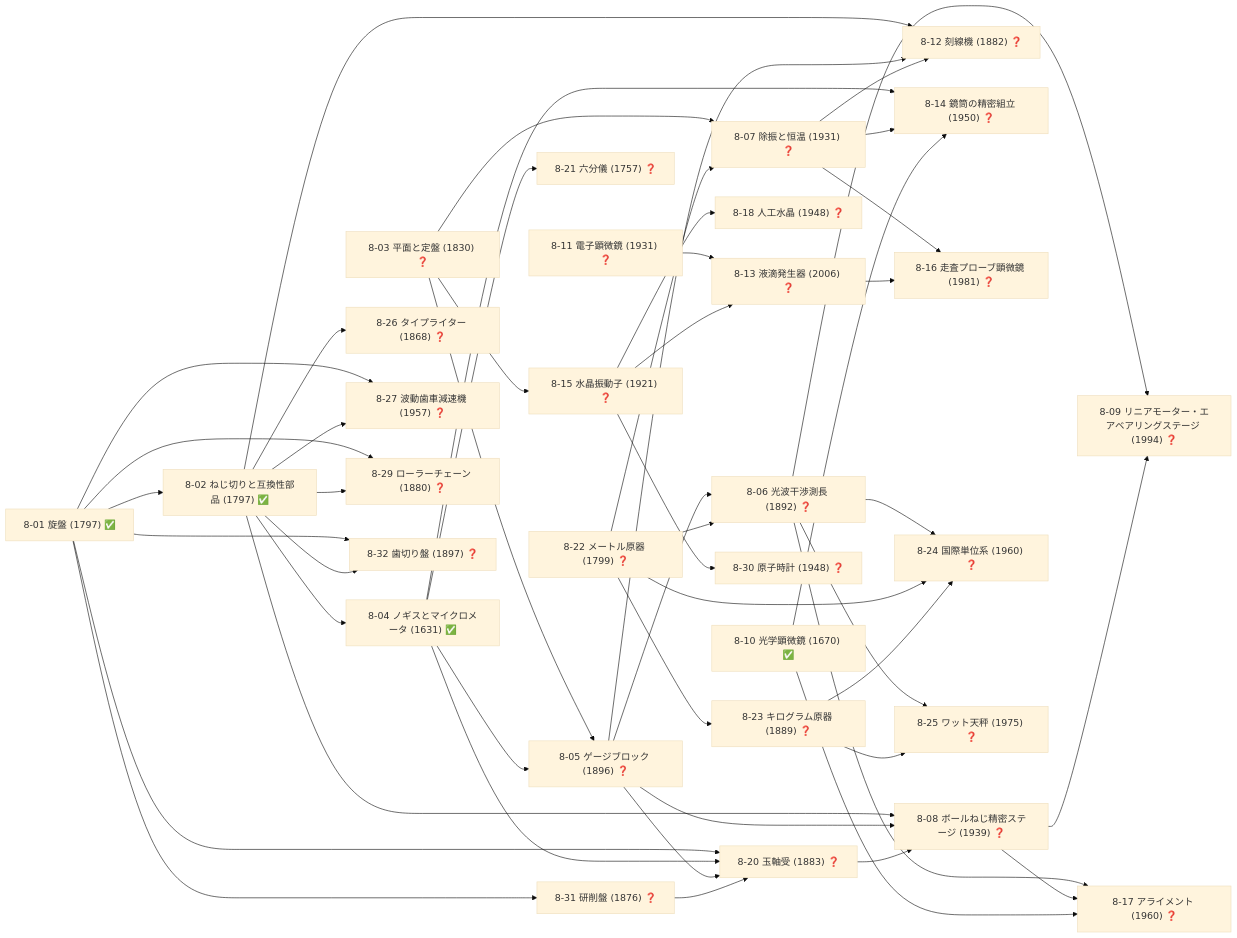
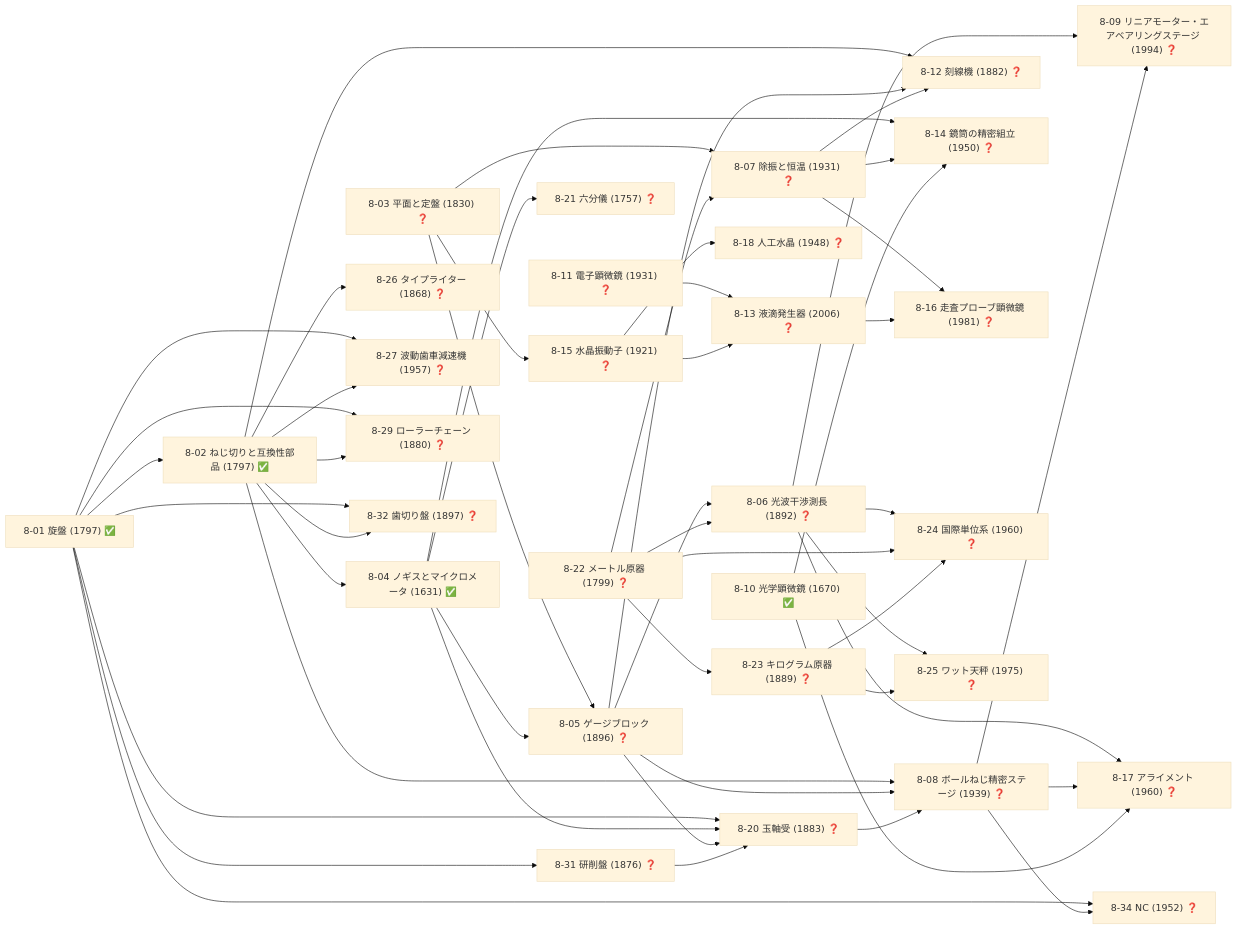
Before and after one commit to taku3i0317-collab/semiconductor-lab: diagram 11 of 19 in docs/TECH_TREE_VIEW.md, drawn with Mermaid (base theme). The commit also changed other lines of this file and 9 other files, not shown here.

````diff
--- a/docs/TECH_TREE_VIEW.md
+++ b/docs/TECH_TREE_VIEW.md
@@ -567,81 +570,82 @@
 ```mermaid
 graph LR
   n8_01["8-01 旋盤 (1797) ✅"]
   n8_02["8-02 ねじ切りと互換性部品 (1797) ✅"]
   n8_03["8-03 平面と定盤 (1830) ❓"]
   n8_04["8-04 ノギスとマイクロメータ (1631) ✅"]
   n8_05["8-05 ゲージブロック (1896) ❓"]
   n8_06["8-06 光波干渉測長 (1892) ❓"]
   n8_07["8-07 除振と恒温 (1931) ❓"]
   n8_08["8-08 ボールねじ精密ステージ (1939) ❓"]
   n8_09["8-09 リニアモーター・エアベアリングステージ (1994) ❓"]
   n8_10["8-10 光学顕微鏡 (1670) ✅"]
   n8_11["8-11 電子顕微鏡 (1931) ❓"]
   n8_12["8-12 刻線機 (1882) ❓"]
   n8_13["8-13 液滴発生器 (2006) ❓"]
   n8_14["8-14 鏡筒の精密組立 (1950) ❓"]
   n8_15["8-15 水晶振動子 (1921) ❓"]
   n8_16["8-16 走査プローブ顕微鏡 (1981) ❓"]
   n8_17["8-17 アライメント (1960) ❓"]
   n8_18["8-18 人工水晶 (1948) ❓"]
   n8_20["8-20 玉軸受 (1883) ❓"]
   n8_21["8-21 六分儀 (1757) ❓"]
   n8_22["8-22 メートル原器 (1799) ❓"]
   n8_23["8-23 キログラム原器 (1889) ❓"]
   n8_24["8-24 国際単位系 (1960) ❓"]
   n8_25["8-25 ワット天秤 (1975) ❓"]
   n8_26["8-26 タイプライター (1868) ❓"]
   n8_27["8-27 波動歯車減速機 (1957) ❓"]
   n8_29["8-29 ローラーチェーン (1880) ❓"]
-  n8_30["8-30 原子時計 (1948) ❓"]
   n8_31["8-31 研削盤 (1876) ❓"]
   n8_32["8-32 歯切り盤 (1897) ❓"]
+  n8_34["8-34 NC (1952) ❓"]
   n8_01-->n8_02
   n8_02-->n8_04
   n8_03-->n8_05
   n8_04-->n8_05
   n8_05-->n8_06
   n8_22-->n8_06
   n8_03-->n8_07
   n8_22-->n8_07
   n8_02-->n8_08
   n8_05-->n8_08
   n8_20-->n8_08
   n8_06-->n8_09
   n8_08-->n8_09
   n8_02-->n8_12
   n8_05-->n8_12
   n8_07-->n8_12
   n8_11-->n8_13
   n8_15-->n8_13
   n8_04-->n8_14
   n8_07-->n8_14
   n8_10-->n8_14
   n8_03-->n8_15
   n8_07-->n8_16
   n8_13-->n8_16
   n8_06-->n8_17
   n8_08-->n8_17
   n8_10-->n8_17
   n8_15-->n8_18
   n8_01-->n8_20
   n8_04-->n8_20
   n8_05-->n8_20
   n8_31-->n8_20
   n8_04-->n8_21
   n8_22-->n8_23
   n8_06-->n8_24
   n8_22-->n8_24
   n8_23-->n8_24
   n8_06-->n8_25
   n8_23-->n8_25
   n8_02-->n8_26
   n8_01-->n8_27
   n8_02-->n8_27
   n8_01-->n8_29
   n8_02-->n8_29
-  n8_15-->n8_30
   n8_01-->n8_31
   n8_01-->n8_32
   n8_02-->n8_32
+  n8_01-->n8_34
+  n8_08-->n8_34
 ```
````
